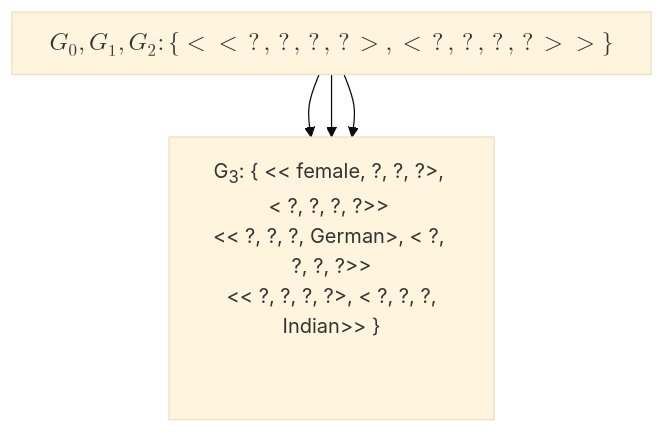
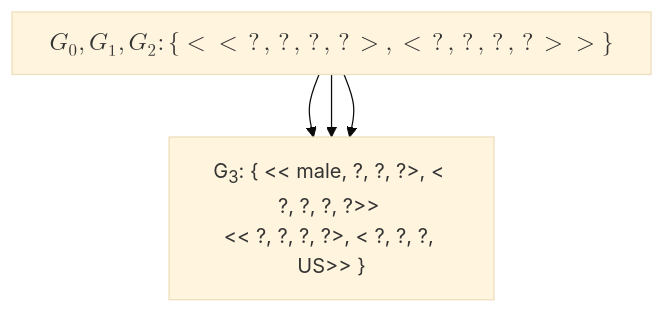
Before and after one commit to Jeff-Tian/ml: the fifth of 8 diagrams in src/posts/第二章 概念学习和一般到特殊序/2.5.md, drawn with Mermaid (base theme). The commit also changed other lines of this file, not shown here.

````diff
--- a/src/posts/第二章 概念学习和一般到特殊序/2.5.md
+++ b/src/posts/第二章 概念学习和一般到特殊序/2.5.md
@@ -97,7 +103,7 @@
     ```mermaid
     graph TD
         g0[$$G_0, G_1, G_2: \lbrace \lt \lt ?, ?, ?, ?\gt , \lt ?, ?, ?, ? \gt \gt \rbrace $$] -->
-        g3["G<sub>3</sub>: { << female, ?, ?, ?>, < ?, ?, ?, ?>> <br /><< ?, ?, ?, German>, < ?, ?, ?, ?>><br /> << ?, ?, ?, ?>, < ?, ?, ?, Indian>> }<br /><br /><br />"]
+        g3["G<sub>3</sub>: { << male, ?, ?, ?>, < ?, ?, ?, ?>> <br /><< ?, ?, ?, ?>, < ?, ?, ?, US>> }<br />"]
         g0 --> g3
         g0 --> g3
     ```
````
